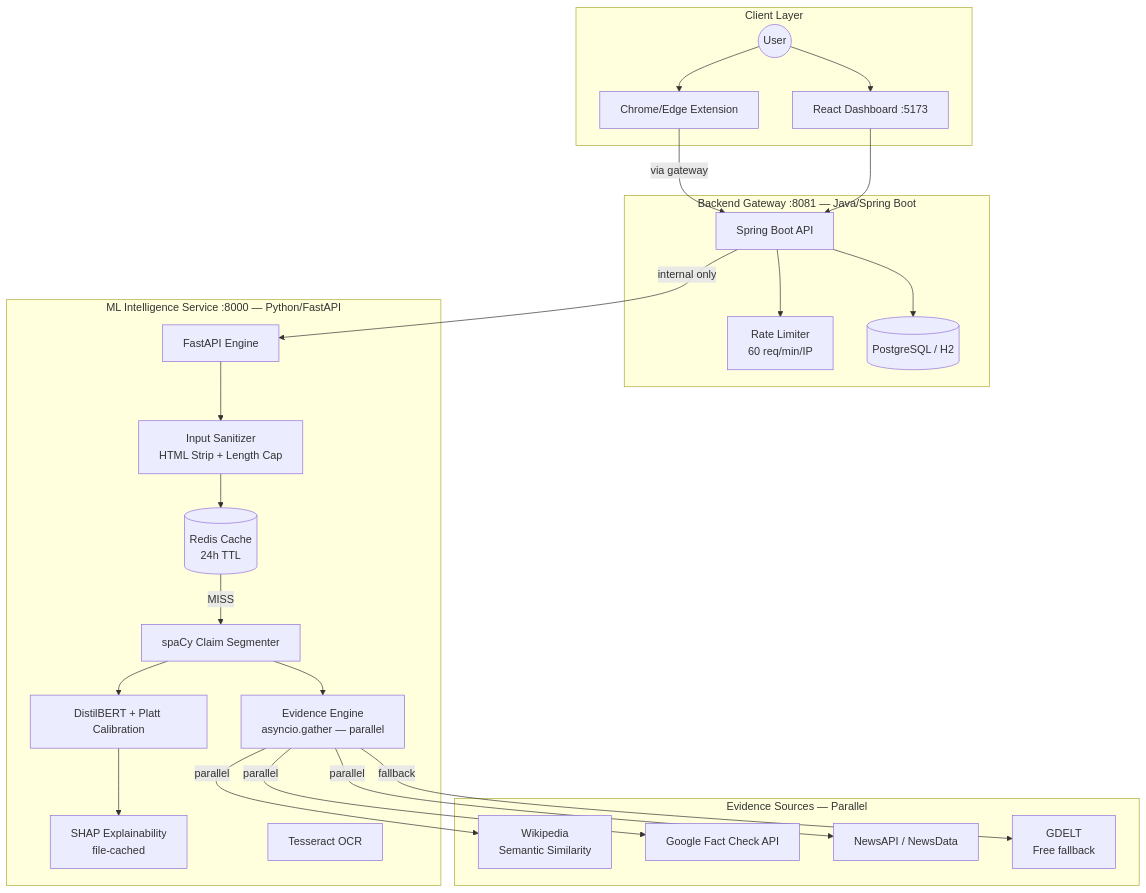
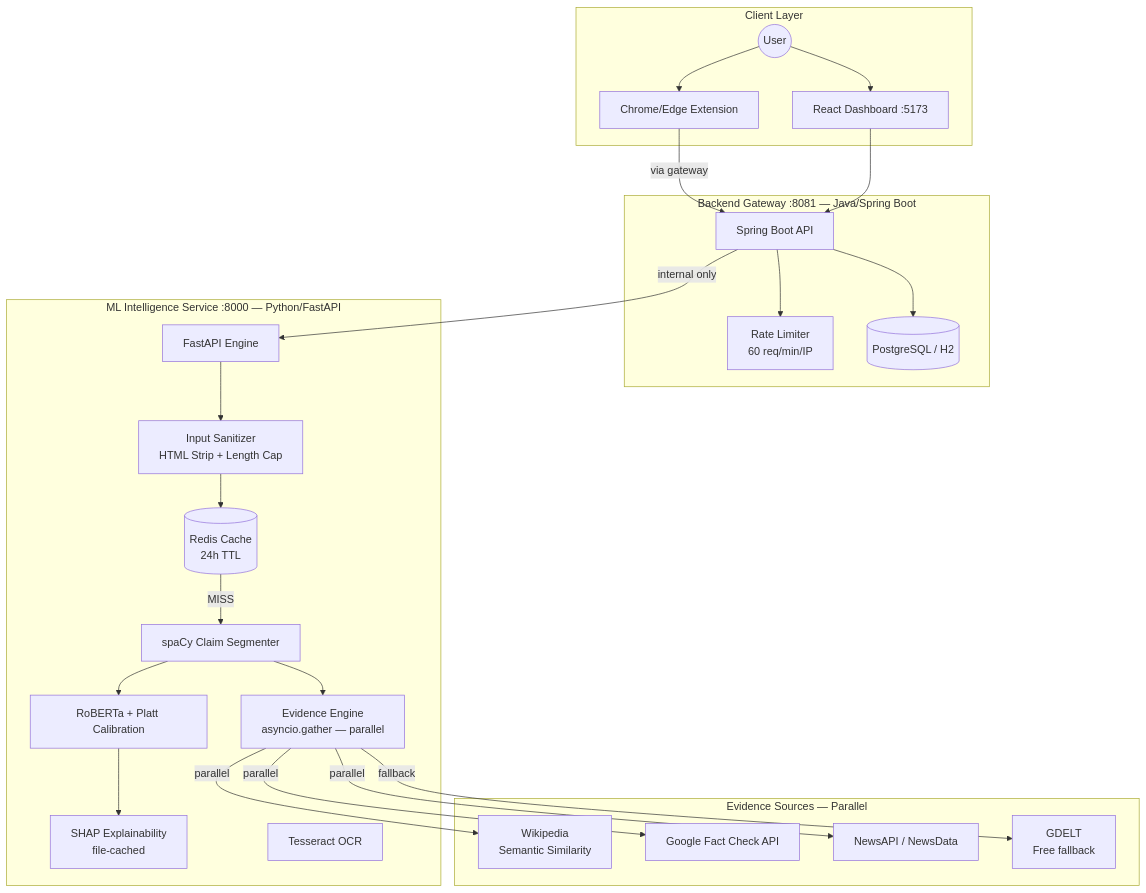
The diagram in project_documentation.md (monishh13/fake_news), drawn with Mermaid before and after one commit. The commit also changed other lines of this file and 5 other files, not shown here.

````diff
--- a/project_documentation.md
+++ b/project_documentation.md
@@ -23,50 +23,50 @@
 ```mermaid
 graph TD
     subgraph "Client Layer"
         User((User))
         WebApp[React Dashboard :5173]
         Extension[Chrome/Edge Extension]
     end
 
     subgraph "Backend Gateway :8081 — Java/Spring Boot"
         Gateway[Spring Boot API]
         RateLimit[Rate Limiter\n60 req/min/IP]
         DB[(PostgreSQL / H2)]
     end
 
     subgraph "ML Intelligence Service :8000 — Python/FastAPI"
         MLService[FastAPI Engine]
         Sanitize[Input Sanitizer\nHTML Strip + Length Cap]
         NLP[spaCy Claim Segmenter]
-        Model[DistilBERT + Platt Calibration]
+        Model[RoBERTa + Platt Calibration]
         XAI[SHAP Explainability\nfile-cached]
         Evidence[Evidence Engine\nasyncio.gather — parallel]
         OCR[Tesseract OCR]
         Cache[(Redis Cache\n24h TTL)]
     end
 
     subgraph "Evidence Sources — Parallel"
         Wiki[Wikipedia\nSemantic Similarity]
         GFC[Google Fact Check API]
         NewsAPI[NewsAPI / NewsData]
         GDELT[GDELT\nFree fallback]
     end
 
     User --> WebApp
     User --> Extension
     Extension -->|via gateway| Gateway
     WebApp --> Gateway
     Gateway --> RateLimit
     Gateway --> DB
     Gateway -->|internal only| MLService
     MLService --> Sanitize
     Sanitize --> Cache
     Cache -->|MISS| NLP
     NLP --> Model
     Model --> XAI
     NLP --> Evidence
     Evidence -->|parallel| Wiki
     Evidence -->|parallel| GFC
     Evidence -->|parallel| NewsAPI
     Evidence -->|fallback| GDELT
 ```
````
